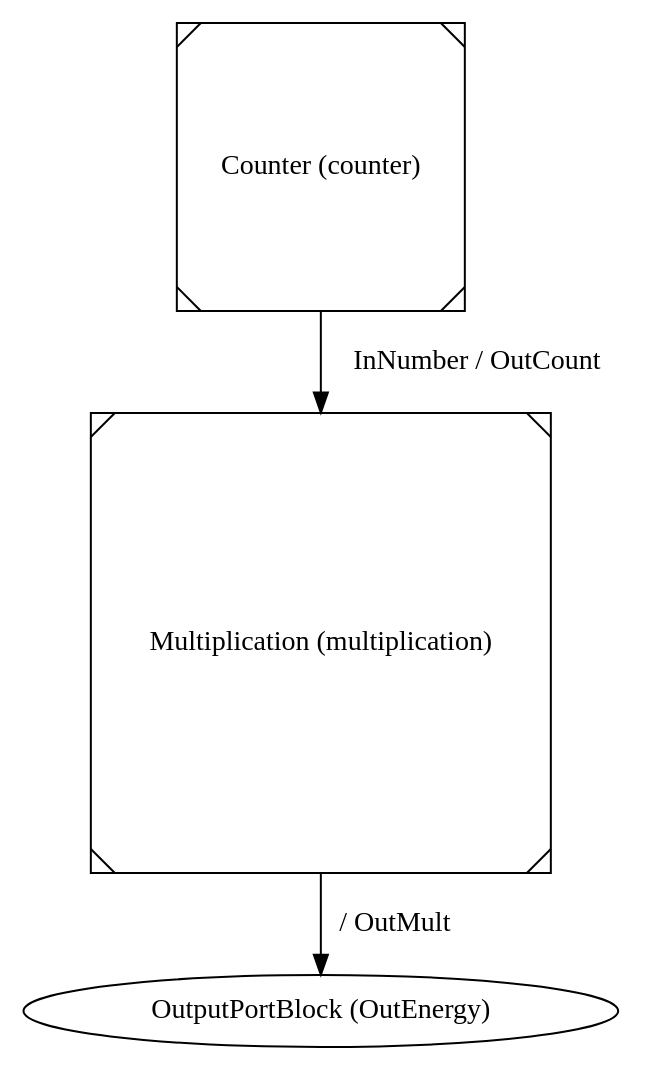
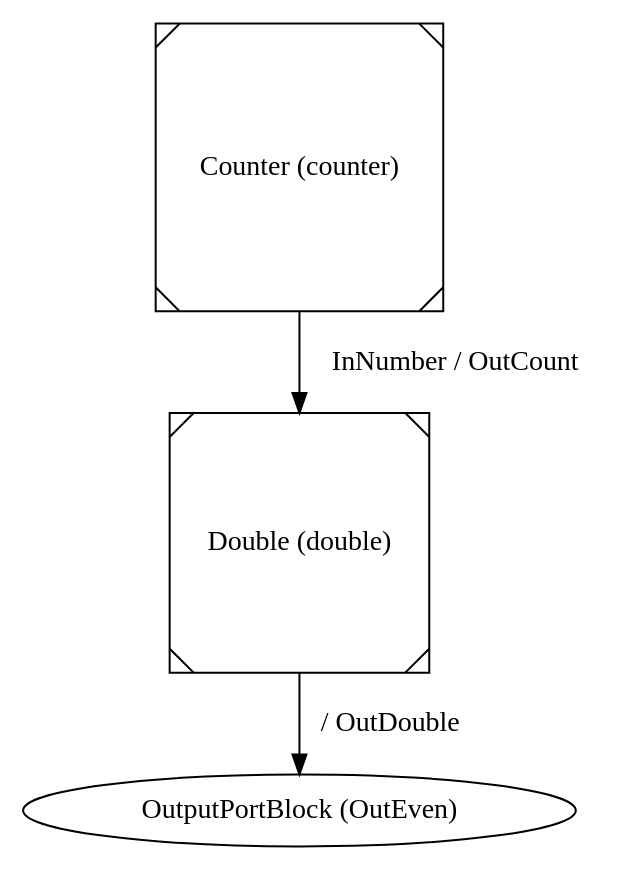
One commit to baturayo/Modeling-of-Software-Intensive-Systems changed the diagram in Mosis2/CBD_assignment_startingpoint/number_gen.dot. Above: the diagram before and after it, drawn with Graphviz. The commit also changed 7 other files, not shown here.

```diff
--- a/Mosis2/CBD_assignment_startingpoint/number_gen.dot
+++ b/Mosis2/CBD_assignment_startingpoint/number_gen.dot
@@ -1,9 +1,9 @@
 
 digraph graphname {
- OutEnergy [label="OutputPortBlock (OutEnergy)"];
-multiplication -> OutEnergy [label=" / OutMult"];
+ OutEven [label="OutputPortBlock (OutEven)"];
+double -> OutEven [label=" / OutDouble"];
 counter [label="Counter (counter)",shape=Msquare];
-multiplication [label="Multiplication (multiplication)",shape=Msquare];
-counter -> multiplication [label="InNumber / OutCount"];
+double [label="Double (double)",shape=Msquare];
+counter -> double [label="InNumber / OutCount"];
 
 }
```
